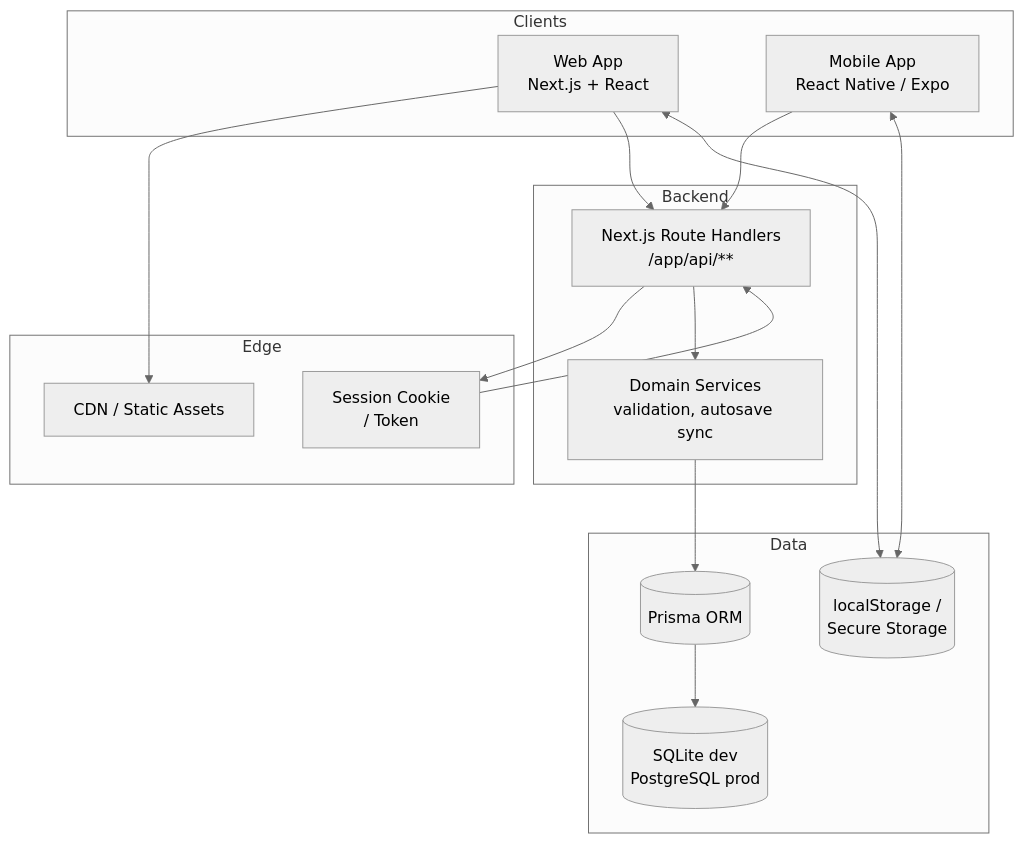
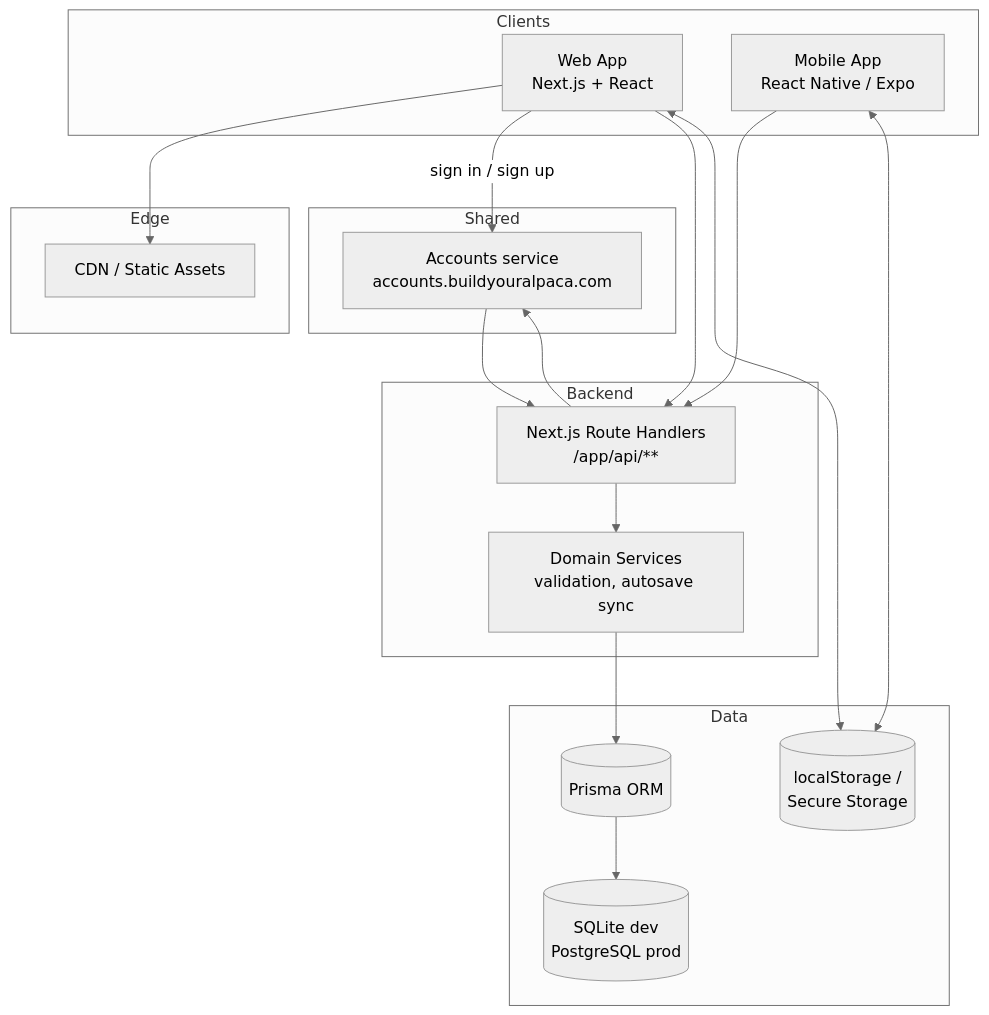
The diagram in docs/system-architecture.md (dragondad22/CrossWise), drawn with Mermaid (neutral theme) before and after one commit. The commit also changed other lines of this file and 73 other files, not shown here.

First line of the commit message:
feat(auth)!: use shared Build Your Alpaca accounts for sign-in (#128)

````diff
--- a/docs/system-architecture.md
+++ b/docs/system-architecture.md
@@ -5,34 +5,38 @@
 ```mermaid
 flowchart TD
     subgraph Clients
         Web[Web App<br/>Next.js + React]
         Mobile[Mobile App<br/>React Native / Expo]
     end
 
     subgraph Edge
         CDN[CDN / Static Assets]
-        Auth[Session Cookie<br/>/ Token]
+    end
+
+    subgraph Shared
+        Auth[Accounts service<br/>accounts.buildyouralpaca.com]
     end
 
     subgraph Backend
         API[Next.js Route Handlers<br/>/app/api/**]
         Services[Domain Services<br/>validation, autosave sync]
     end
 
     subgraph Data
         Prisma[(Prisma ORM)]
         DB[(SQLite dev<br/>PostgreSQL prod)]
         DeviceStore[(localStorage /<br/>Secure Storage)]
     end
 
     Web --> CDN
+    Web -->|sign in / sign up| Auth
     Web --> API
     Mobile --> API
     Web <--> DeviceStore
     Mobile <--> DeviceStore
     API --> Auth
     Auth --> API
     API --> Services
     Services --> Prisma
     Prisma --> DB
 ```
````
